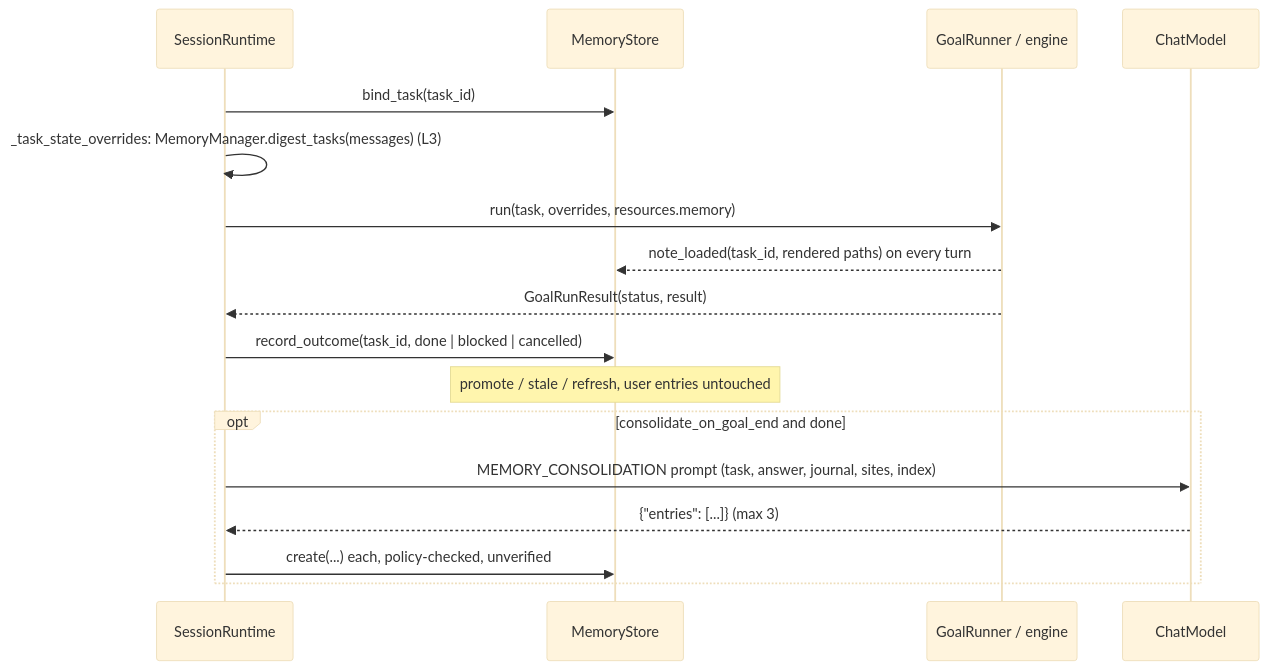
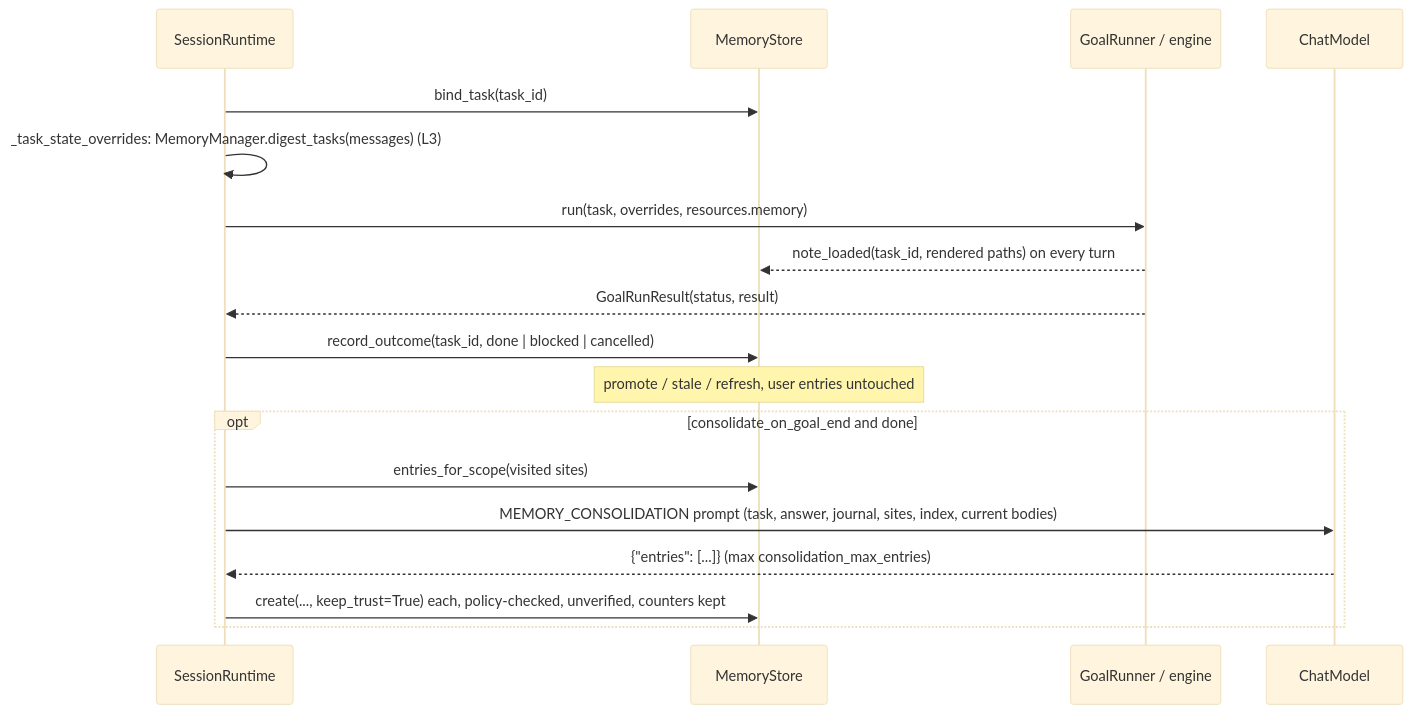
The second of 2 diagrams in docs/diagrams/memory-layers.md (Hastur456/AutoBrowser), drawn with Mermaid (base theme) before and after one commit. The commit also changed other lines of this file and 20 other files, not shown here.

First line of the commit message:
fix(memory): merge consolidation into existing entries and keep their trust

````diff
--- a/docs/diagrams/memory-layers.md
+++ b/docs/diagrams/memory-layers.md
@@ -35,20 +36,21 @@
 ```mermaid
 sequenceDiagram
   participant Session as SessionRuntime
   participant Store as MemoryStore
   participant Runner as GoalRunner / engine
   participant LLM as ChatModel
 
   Session->>Store: bind_task(task_id)
   Session->>Session: _task_state_overrides: MemoryManager.digest_tasks(messages) (L3)
   Session->>Runner: run(task, overrides, resources.memory)
   Runner-->>Store: note_loaded(task_id, rendered paths) on every turn
   Runner-->>Session: GoalRunResult(status, result)
   Session->>Store: record_outcome(task_id, done | blocked | cancelled)
   Note over Store: promote / stale / refresh, user entries untouched
   opt consolidate_on_goal_end and done
-    Session->>LLM: MEMORY_CONSOLIDATION prompt (task, answer, journal, sites, index)
-    LLM-->>Session: {"entries": [...]} (max 3)
-    Session->>Store: create(...) each, policy-checked, unverified
+    Session->>Store: entries_for_scope(visited sites)
+    Session->>LLM: MEMORY_CONSOLIDATION prompt (task, answer, journal, sites, index, current bodies)
+    LLM-->>Session: {"entries": [...]} (max consolidation_max_entries)
+    Session->>Store: create(..., keep_trust=True) each, policy-checked, unverified, counters kept
   end
 ```
````
